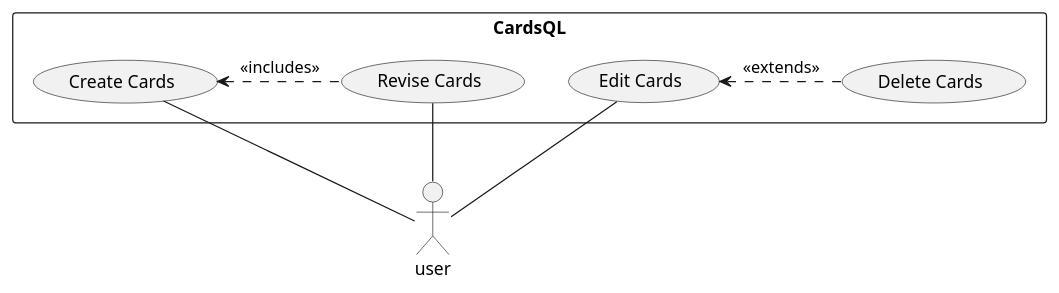
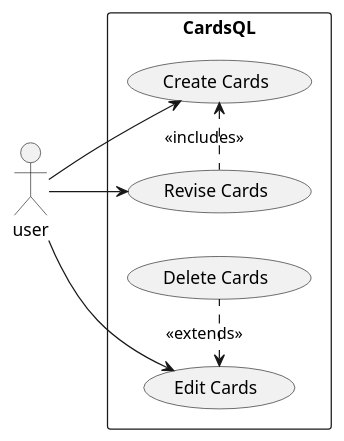
Before and after one commit to dinesh-58/college-files: the first of 2 diagrams in 4th-sem/project-1/final-report/final-report.org, drawn with PlantUML. The commit also changed other lines of this file and 2 other files, not shown here.

```diff
--- a/4th-sem/project-1/final-report/final-report.org
+++ b/4th-sem/project-1/final-report/final-report.org
@@ -347,18 +351,19 @@
 #+begin_src plantuml :file diagrams/use-case-diagram.svg
   @startumL
+  left to right direction
   skinparam 300 dpi
   skinparam packageStyle rectangle
   actor user as u
   rectangle CardsQL {
           (Create Cards) as (CC)
           (Revise Cards) as (RC)
           (Edit Cards) as (EC)
           (Delete Cards) as (DC)
-          u -up- (CC)
-          u -up- (RC)
-          u -up- (EC)
+          u --> (CC)
+          u --> (RC)
+          u --> (EC)
           (RC) .left.> (CC) :<<includes>>
           (DC) .left.> (EC) :<<extends>>
   }
   @enduml
 #+end_src
```
